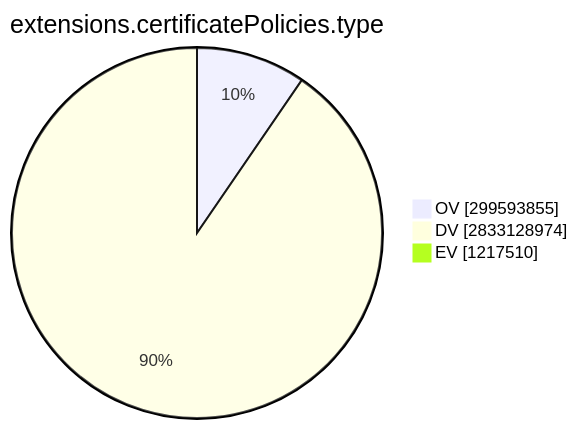
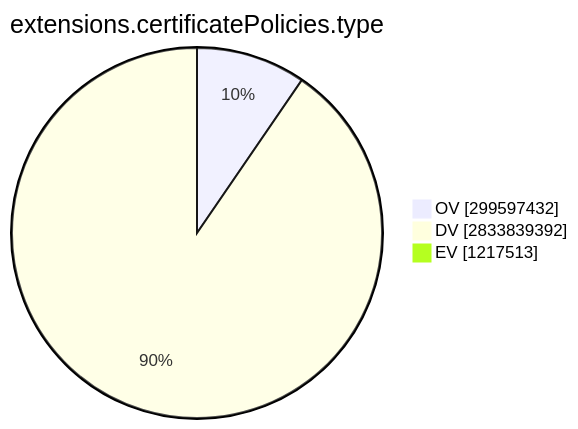
The ninth of 15 diagrams in TOTAL/README.md (christiankrug/ctmonitor_visualization), drawn with Mermaid before and after one commit. The commit also changed other lines of this file, not shown here.

````diff
--- a/TOTAL/README.md
+++ b/TOTAL/README.md
@@ -3101,7 +3101,7 @@
 ```mermaid
 pie showData
 title extensions.certificatePolicies.type
-"OV" :299593855
-"DV" :2833128974
-"EV" :1217510
+"OV" :299597432
+"DV" :2833839392
+"EV" :1217513
 ```
````
